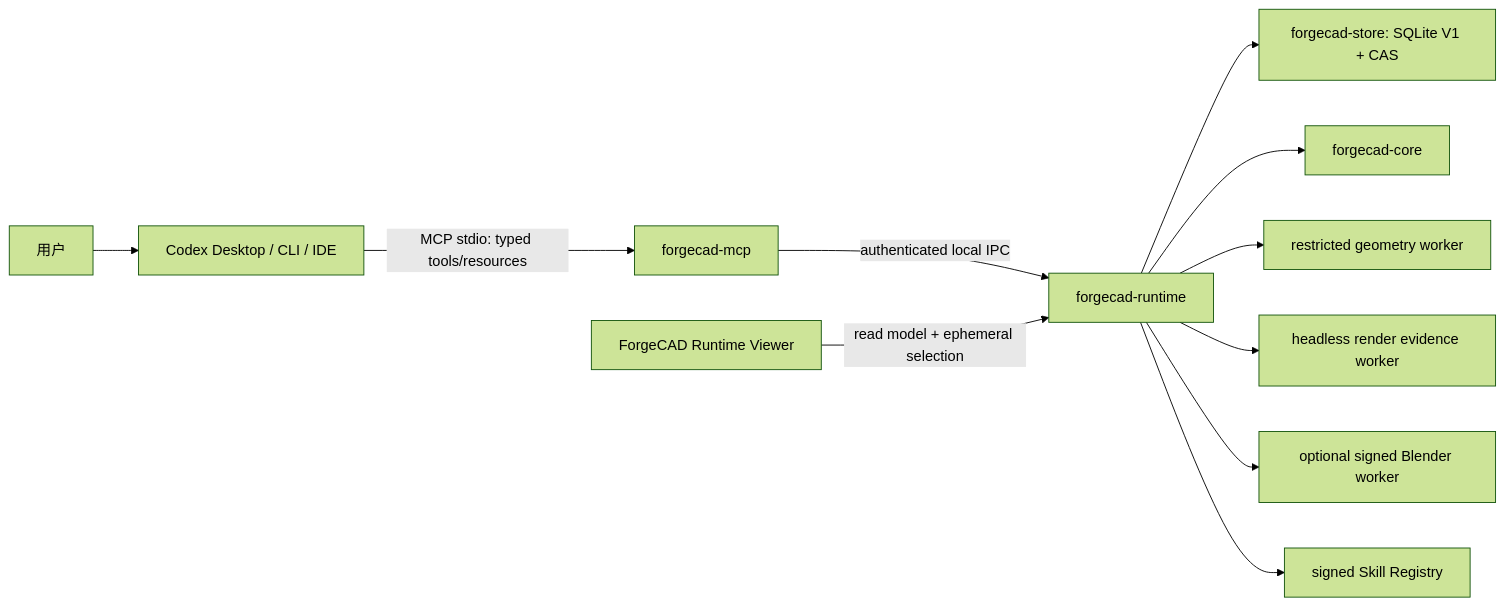
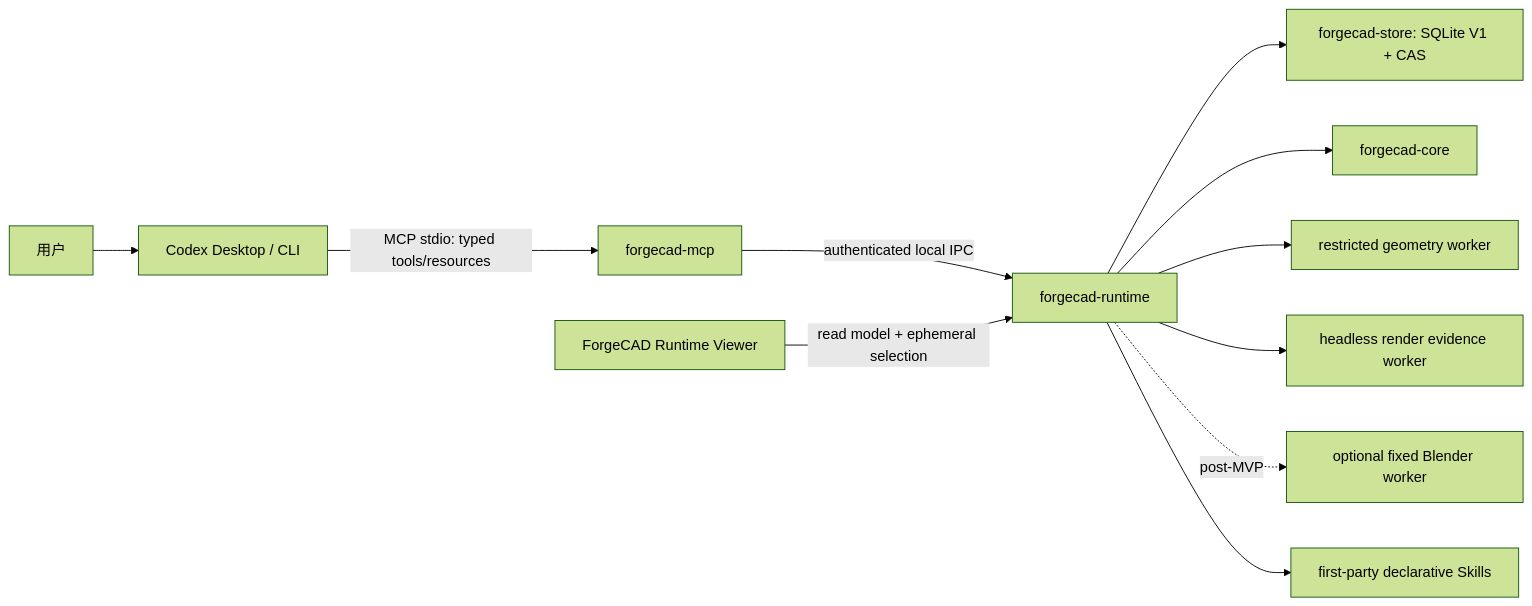
Before and after one commit to liudejua27-blip/Weaponry: the first of 3 diagrams in docs/DESIGN.md, drawn with Mermaid (forest theme). The commit also changed other lines of this file and 446 other files, not shown here.

````diff
--- a/docs/DESIGN.md
+++ b/docs/DESIGN.md
@@ -8,13 +8,13 @@
 ```mermaid
 flowchart LR
-  U["用户"] --> C["Codex Desktop / CLI / IDE"]
+  U["用户"] --> C["Codex Desktop / CLI"]
   C -->|"MCP stdio: typed tools/resources"| M["forgecad-mcp"]
   M -->|"authenticated local IPC"| R["forgecad-runtime"]
   V["ForgeCAD Runtime Viewer"] -->|"read model + ephemeral selection"| R
   R --> S["forgecad-store: SQLite V1 + CAS"]
   R --> K["forgecad-core"]
   R --> G["restricted geometry worker"]
   R --> E["headless render evidence worker"]
-  R --> B["optional signed Blender worker"]
-  R --> SK["signed Skill Registry"]
+  R -. post-MVP .-> B["optional fixed Blender worker"]
+  R --> SK["first-party declarative Skills"]
 ```
````
